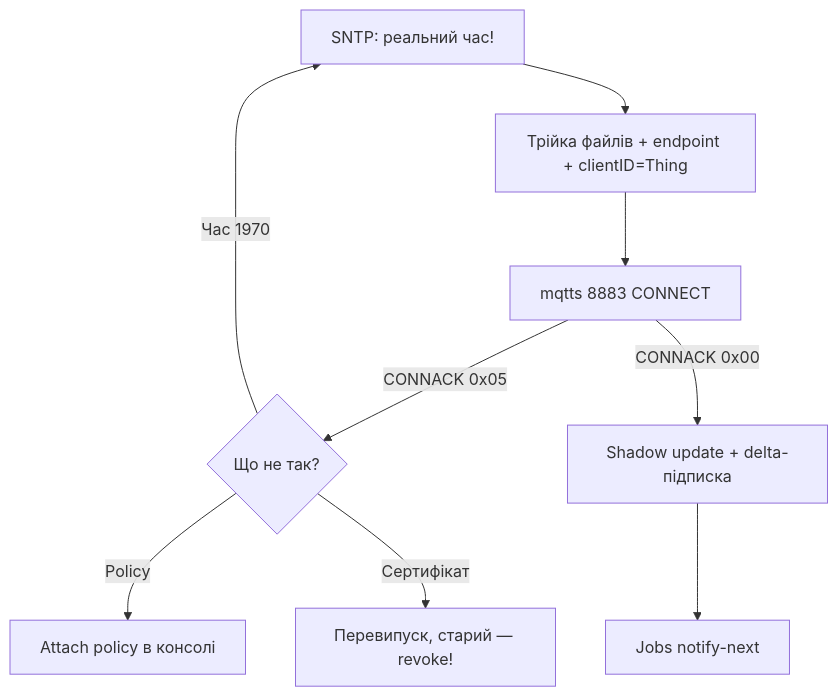
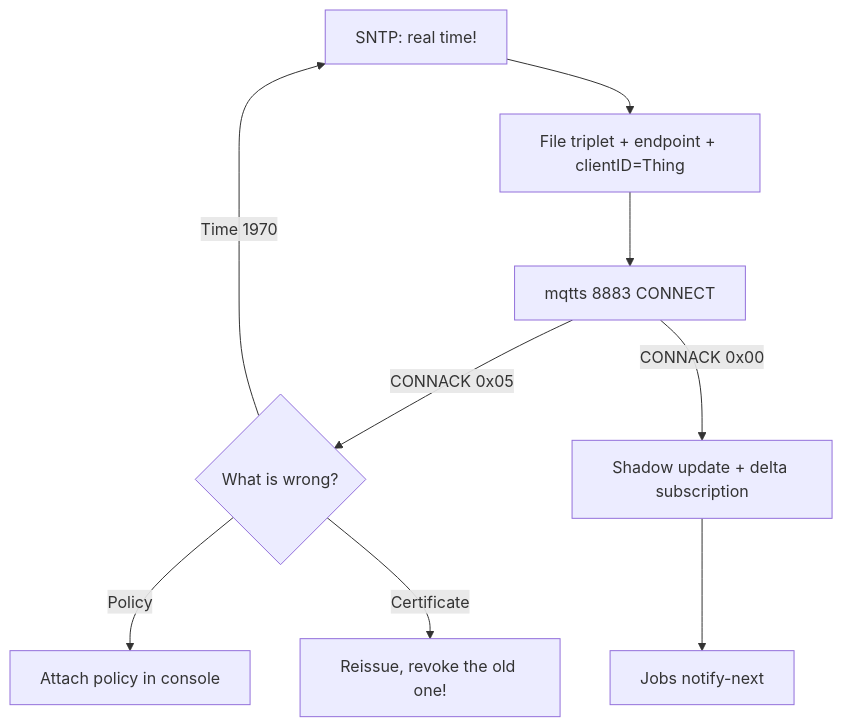
The diagram in obsidian_vault/ESP32-Reference/EN/15-Protocols/12-AWS-IoT.en.md (ksalab/embedded-reference), drawn with Mermaid before and after one commit. The commit also changed other lines of this file and 76 other files, not shown here.

````diff
--- a/obsidian_vault/ESP32-Reference/EN/15-Protocols/12-AWS-IoT.en.md
+++ b/obsidian_vault/ESP32-Reference/EN/15-Protocols/12-AWS-IoT.en.md
@@ -105,11 +104,11 @@
 ```mermaid
 flowchart TB
-    SNTP[SNTP: реальний час!] --> CFG[Трійка файлів + endpoint + clientID=Thing]
+    SNTP[SNTP: real time!] --> CFG[File triplet + endpoint + clientID=Thing]
     CFG --> CONN[mqtts 8883 CONNECT]
-    CONN -->|CONNACK 0x05| FIX{Що не так?}
-    FIX -->|Час 1970| SNTP
-    FIX -->|Policy| POL[Attach policy в консолі]
-    FIX -->|Сертифікат| REV[Перевипуск, старий — revoke!]
-    CONN -->|CONNACK 0x00| SHADOW[Shadow update + delta-підписка]
+    CONN -->|CONNACK 0x05| FIX{What is wrong?}
+    FIX -->|Time 1970| SNTP
+    FIX -->|Policy| POL[Attach policy in console]
+    FIX -->|Certificate| REV[Reissue, revoke the old one!]
+    CONN -->|CONNACK 0x00| SHADOW[Shadow update + delta subscription]
     SHADOW --> JOBS[Jobs notify-next]
 ```
````
